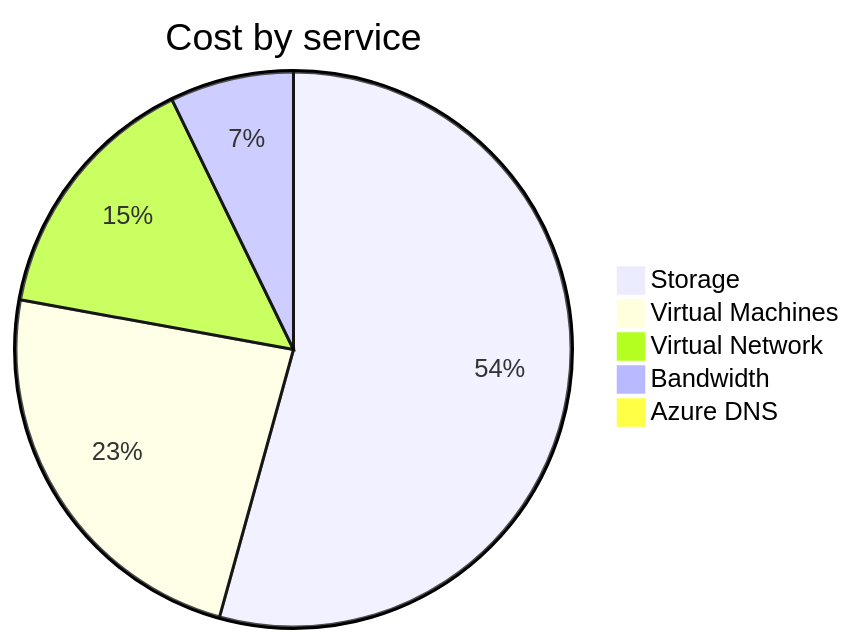
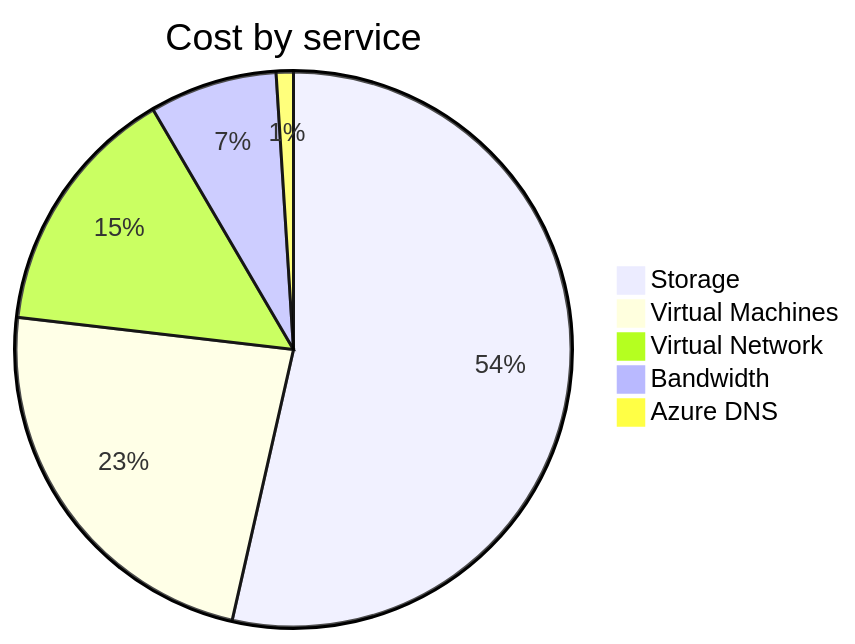
One commit to jpfulton/azure-personal-reports changed the second of 4 diagrams in cost-reports/personal-network/README.md. Above: the diagram before and after it, drawn with Mermaid. The commit also changed other lines of this file and 8 other files, not shown here.

````diff
--- a/cost-reports/personal-network/README.md
+++ b/cost-reports/personal-network/README.md
@@ -97,9 +97,9 @@
 ```mermaid
 pie
    title Cost by service
-   "Storage" : 20.04
-   "Virtual Machines" : 8.70
-   "Virtual Network" : 5.51
-   "Bandwidth" : 2.66
-   "Azure DNS" : 0.37
+   "Storage" : 20.84
+   "Virtual Machines" : 9.07
+   "Virtual Network" : 5.73
+   "Bandwidth" : 2.89
+   "Azure DNS" : 0.39
 ```
````
